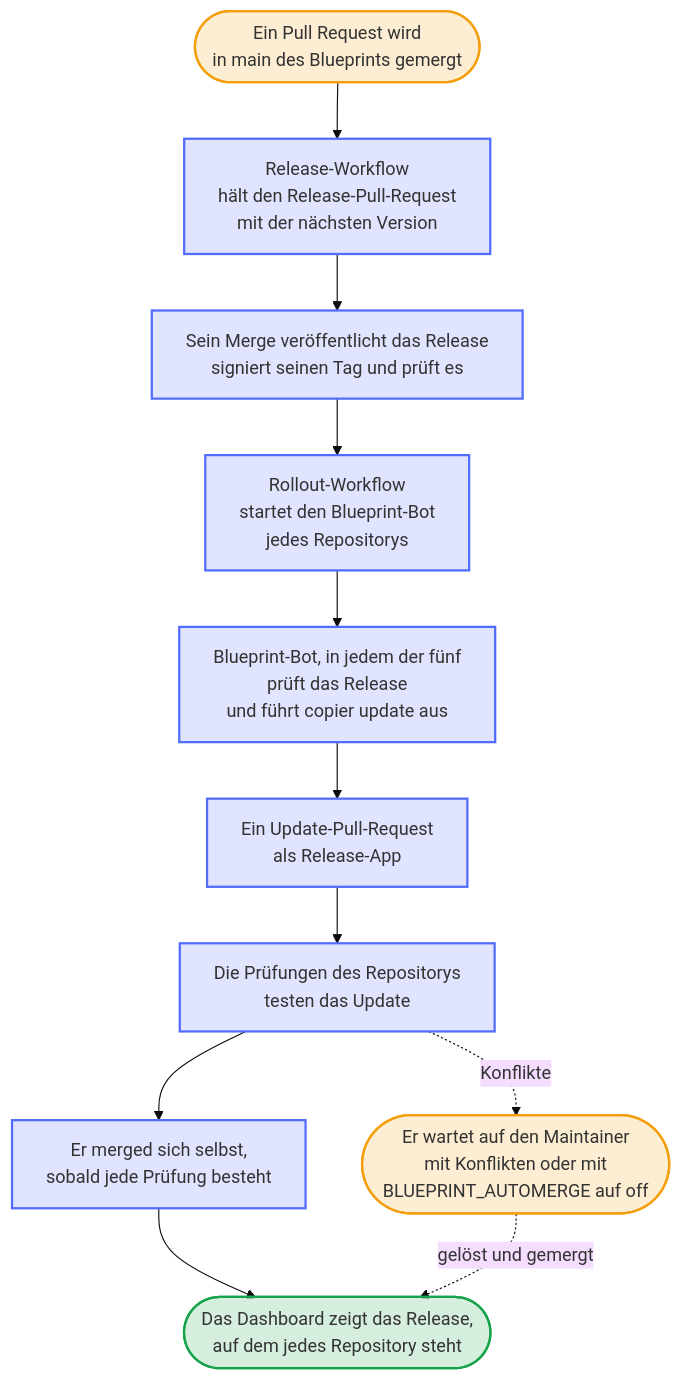
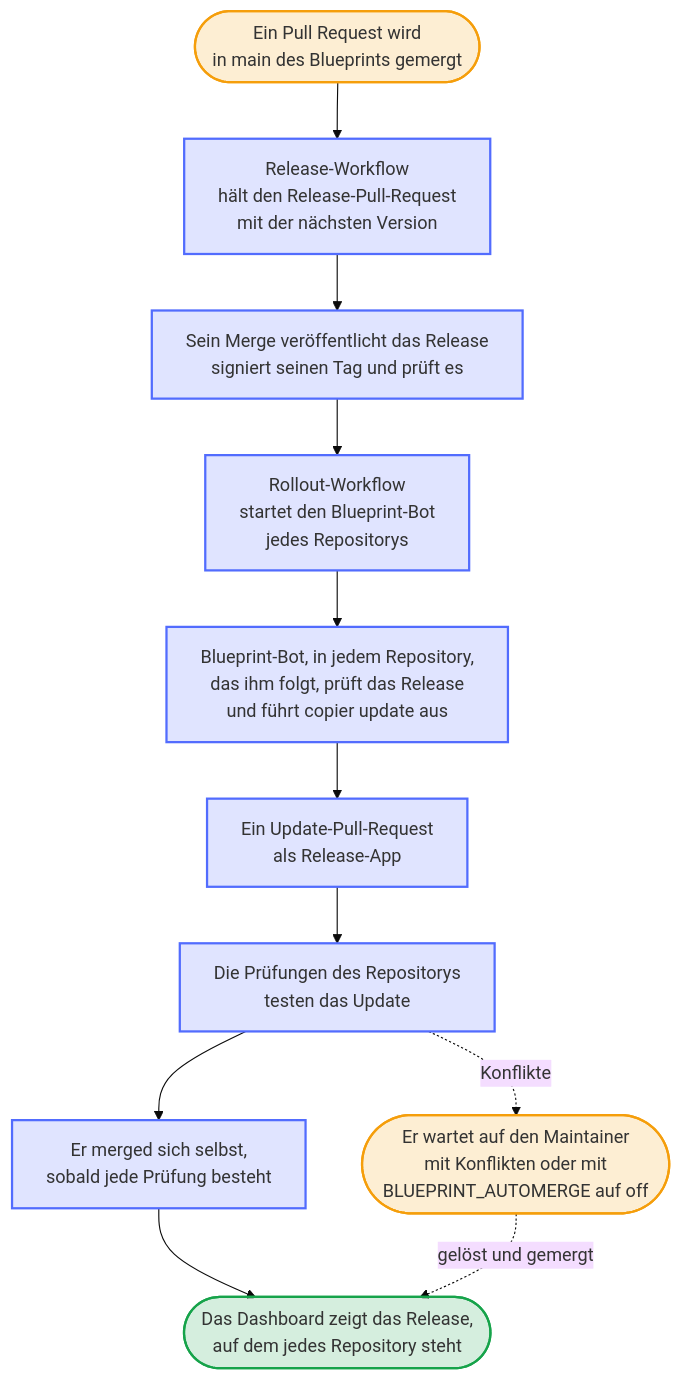
The diagram in docs/diagrams/the-path-of-a-release.de.mmd (Dennis-Otto/repo-blueprint), drawn with Mermaid (base theme) before and after one commit. The commit also changed 36 other files, not shown here.

First line of the commit message:
feat: one registry of the repositories that follow the blueprint, for the Rollout, the canaries and the showcase (#457)

```diff
--- a/docs/diagrams/the-path-of-a-release.de.mmd
+++ b/docs/diagrams/the-path-of-a-release.de.mmd
@@ -1,31 +1,31 @@
 ---
 config:
   flowchart:
     wrappingWidth: 400
 ---
 flowchart TB
     accTitle: Der Weg eines Releases des Blueprints
-    accDescr: Ein Pull Request wird in main des Blueprints gemergt, und der Release-Workflow hält den Release-Pull-Request mit der nächsten Version. Sein Merge, durch den Maintainer oder von selbst, wenn er nur Updates enthält, veröffentlicht das Release mit einem signierten Tag und prüft es. Der Rollout-Workflow startet dann den Blueprint-Bot jedes Repositorys, das den Blueprint übernimmt, heute fünf. Jeder Bot prüft das Release, führt copier update aus und hält einen Update-Pull-Request als Release-App, damit die Prüfungen des Repositorys laufen. Ohne Konflikte merged er sich selbst, sobald sie bestehen; mit Konflikten oder mit BLUEPRINT_AUTOMERGE auf off wartet er auf den Maintainer. Das Dashboard zeigt das Release des Blueprints, auf dem jedes Repository steht.
+    accDescr: Ein Pull Request wird in main des Blueprints gemergt, und der Release-Workflow hält den Release-Pull-Request mit der nächsten Version. Sein Merge, durch den Maintainer oder von selbst, wenn er nur Updates enthält, veröffentlicht das Release mit einem signierten Tag und prüft es. Der Rollout-Workflow startet dann den Blueprint-Bot jedes Repositorys, das den Blueprint übernimmt. Jeder Bot prüft das Release, führt copier update aus und hält einen Update-Pull-Request als Release-App, damit die Prüfungen des Repositorys laufen. Ohne Konflikte merged er sich selbst, sobald sie bestehen; mit Konflikten oder mit BLUEPRINT_AUTOMERGE auf off wartet er auf den Maintainer. Das Dashboard zeigt das Release des Blueprints, auf dem jedes Repository steht.
 
     merge(["Ein Pull Request wird<br>in main des Blueprints gemergt"])
     release["Release-Workflow<br>hält den Release-Pull-Request<br>mit der nächsten Version"]
     publish["Sein Merge veröffentlicht das Release<br>signiert seinen Tag und prüft es"]
     rollout["Rollout-Workflow<br>startet den Blueprint-Bot<br>jedes Repositorys"]
-    bot["Blueprint-Bot, in jedem der fünf<br>prüft das Release<br>und führt copier update aus"]
+    bot["Blueprint-Bot, in jedem Repository,<br>das ihm folgt, prüft das Release<br>und führt copier update aus"]
     pull["Ein Update-Pull-Request<br>als Release-App"]
     checks["Die Prüfungen des Repositorys<br>testen das Update"]
     merged["Er merged sich selbst,<br>sobald jede Prüfung besteht"]
     wait(["Er wartet auf den Maintainer<br>mit Konflikten oder mit<br>BLUEPRINT_AUTOMERGE auf off"])
     dashboard(["Das Dashboard zeigt das Release,<br>auf dem jedes Repository steht"])
 
     merge --> release --> publish --> rollout --> bot --> pull --> checks
     checks --> merged --> dashboard
     checks -. "Konflikte" .-> wait
     wait -. "gelöst und gemergt" .-> dashboard
 
     classDef bot fill:#526cfe2e,stroke:#526cfe,stroke-width:2px
     classDef person fill:#f59e0b2e,stroke:#f59e0b,stroke-width:2px
     classDef done fill:#16a34a2e,stroke:#16a34a,stroke-width:2px
     class release,publish,rollout,bot,pull,checks,merged bot
     class merge,wait person
     class dashboard done
```
